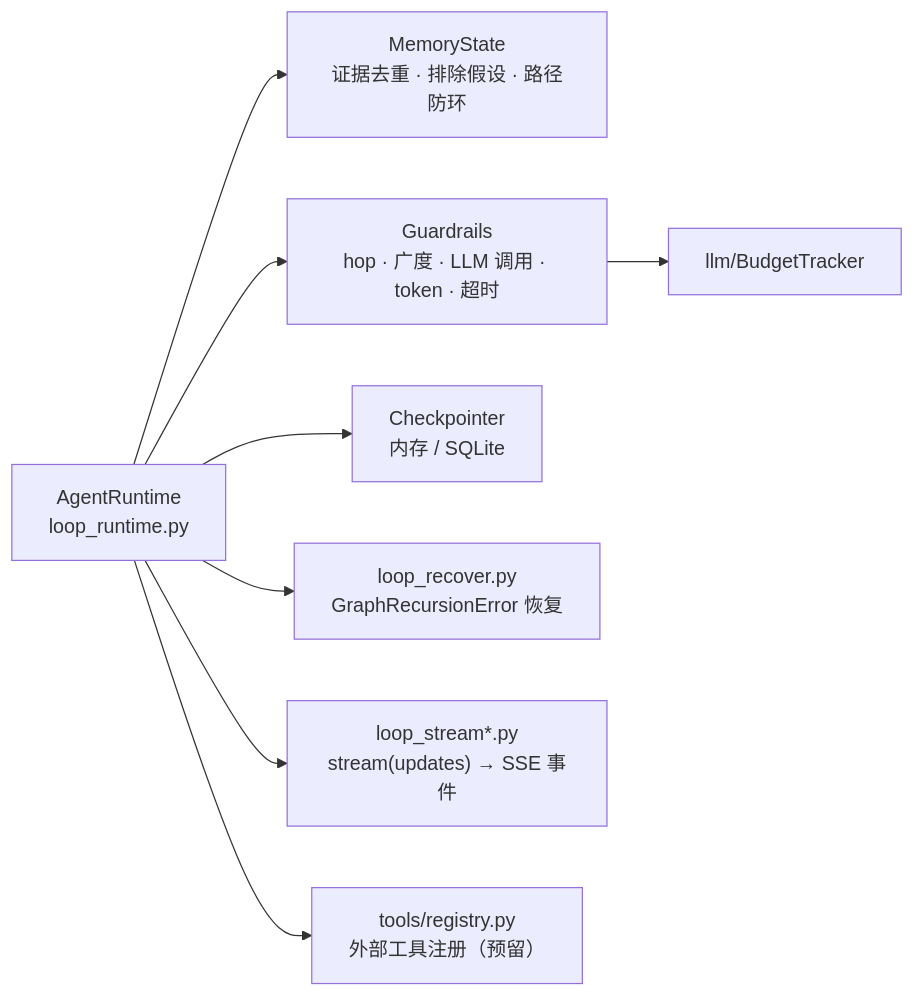
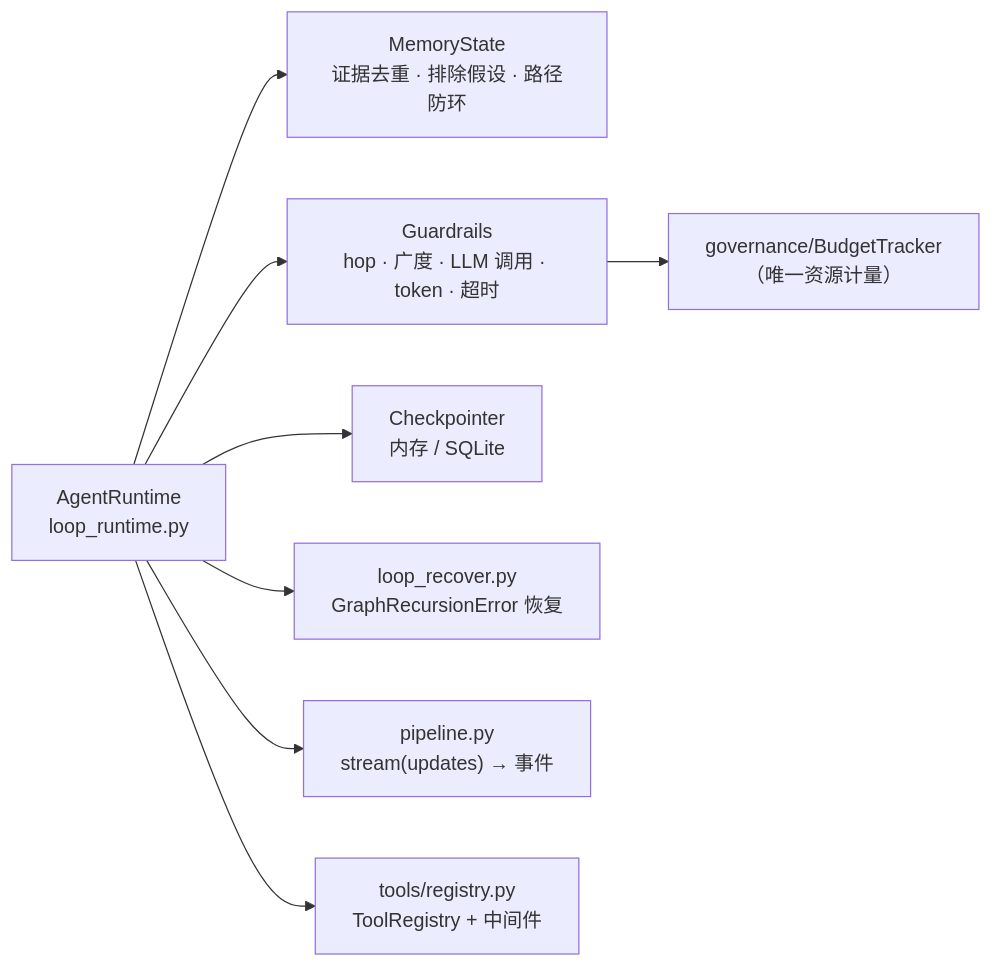
Before and after one commit to RightCloudhub/AG: the fifth of 17 diagrams in docs/ARCHITECTURE.md, drawn with Mermaid. The commit also changed other lines of this file and 154 other files, not shown here.

Commit message:
fix(stores): implement Neo4jGraphStore.list_entities and add it to GraphStore protocol

````diff
--- a/docs/ARCHITECTURE.md
+++ b/docs/ARCHITECTURE.md
@@ -138,10 +163,10 @@
 ```mermaid
 flowchart LR
     RT["AgentRuntime<br/>loop_runtime.py"] --> MEM["MemoryState<br/>证据去重 · 排除假设 · 路径防环"]
     RT --> GR["Guardrails<br/>hop · 广度 · LLM 调用 · token · 超时"]
     RT --> CP["Checkpointer<br/>内存 / SQLite"]
     RT --> REC["loop_recover.py<br/>GraphRecursionError 恢复"]
-    RT --> STR["loop_stream*.py<br/>stream(updates) → SSE 事件"]
-    GR --> BUD["llm/BudgetTracker"]
-    RT --> REG["tools/registry.py<br/>外部工具注册（预留）"]
+    RT --> STR["pipeline.py<br/>stream(updates) → 事件"]
+    GR --> BUD["governance/BudgetTracker<br/>（唯一资源计量）"]
+    RT --> REG["tools/registry.py<br/>ToolRegistry + 中间件"]
 ```
````
